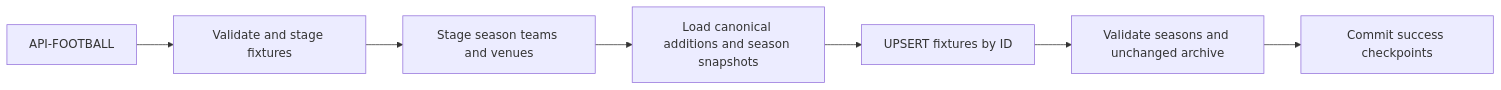
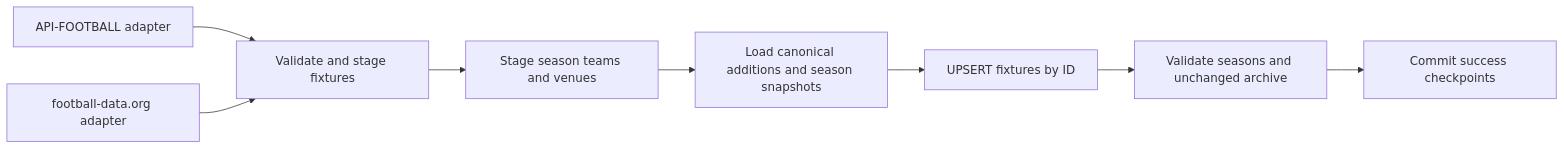
Before and after one commit to Mohamed254-pixel/soccer-data-pipeline: the diagram in docs/architecture.md, drawn with Mermaid. The commit also changed other lines of this file and 17 other files, not shown here.

Commit message:
Add football-data.org adapter with isolated source identities

````diff
--- a/docs/architecture.md
+++ b/docs/architecture.md
@@ -9,9 +11,10 @@
 ```mermaid
 flowchart LR
-    API[API-FOOTBALL] --> EXTRACT[Validate and stage fixtures]
+    API[API-FOOTBALL adapter] --> EXTRACT[Validate and stage fixtures]
+    FD[football-data.org adapter] --> EXTRACT
     EXTRACT --> TEAMS[Stage season teams and venues]
     TEAMS --> MEMBERS[Load canonical additions and season snapshots]
     MEMBERS --> MATCHES[UPSERT fixtures by ID]
     MATCHES --> QUALITY[Validate seasons and unchanged archive]
     QUALITY --> STATE[Commit success checkpoints]
 ```
````
